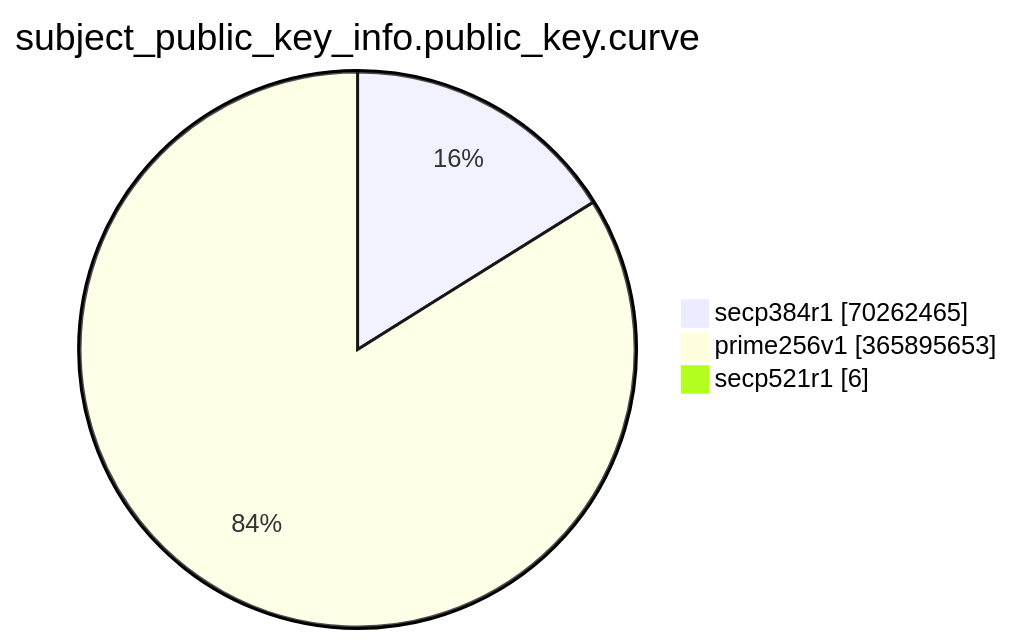
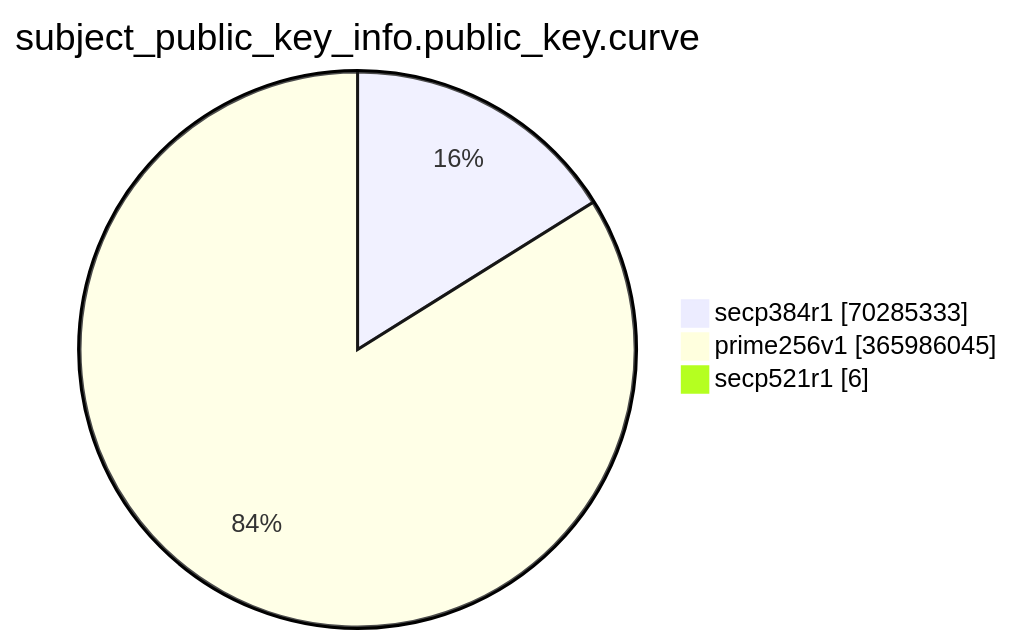
Before and after one commit to christiankrug/ctmonitor_visualization: the eighth of 15 diagrams in TOTAL/README.md, drawn with Mermaid. The commit also changed other lines of this file, not shown here.

````diff
--- a/TOTAL/README.md
+++ b/TOTAL/README.md
@@ -3093,7 +3093,7 @@
 ```mermaid
 pie showData
 title subject_public_key_info.public_key.curve
-"secp384r1" :70262465
-"prime256v1" :365895653
+"secp384r1" :70285333
+"prime256v1" :365986045
 "secp521r1" :6
 ```
````
